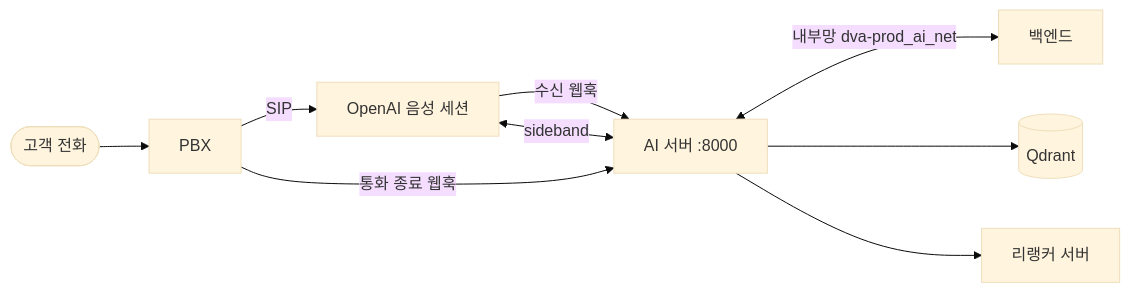
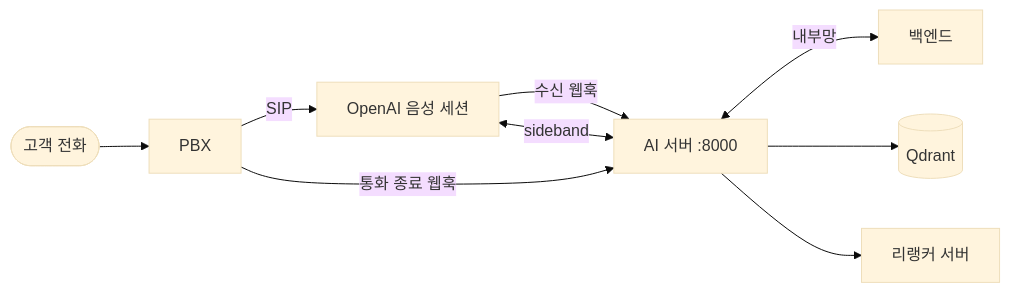
Before and after one commit to 42JH/DVA: the first of 3 diagrams in ai/HANDOVER.md, drawn with Mermaid (base theme). The commit also changed other lines of this file and 1 other file, not shown here.

````diff
--- a/ai/HANDOVER.md
+++ b/ai/HANDOVER.md
@@ -70,11 +69,11 @@
 ```mermaid
 flowchart LR
   caller([고객 전화]) --> pbx[PBX]
   pbx -- SIP --> openai[OpenAI 음성 세션]
   openai -- 수신 웹훅 --> ai[AI 서버 :8000]
   pbx -- 통화 종료 웹훅 --> ai
-  ai <-- 내부망 dva-prod_ai_net --> be[백엔드]
+  ai <-- 내부망 --> be[백엔드]
   ai --> qdrant[(Qdrant)]
   ai --> reranker[리랭커 서버]
   ai <-- sideband --> openai
 ```
````
